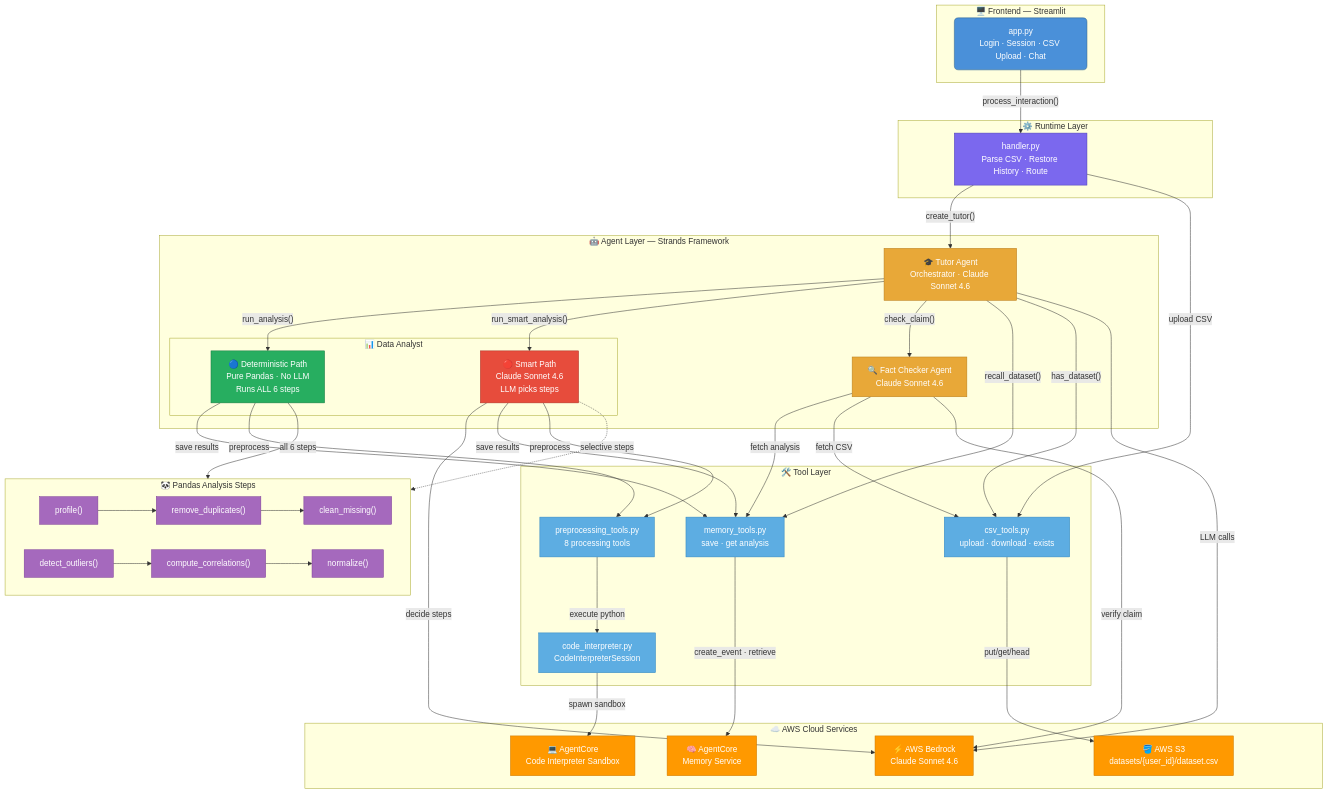
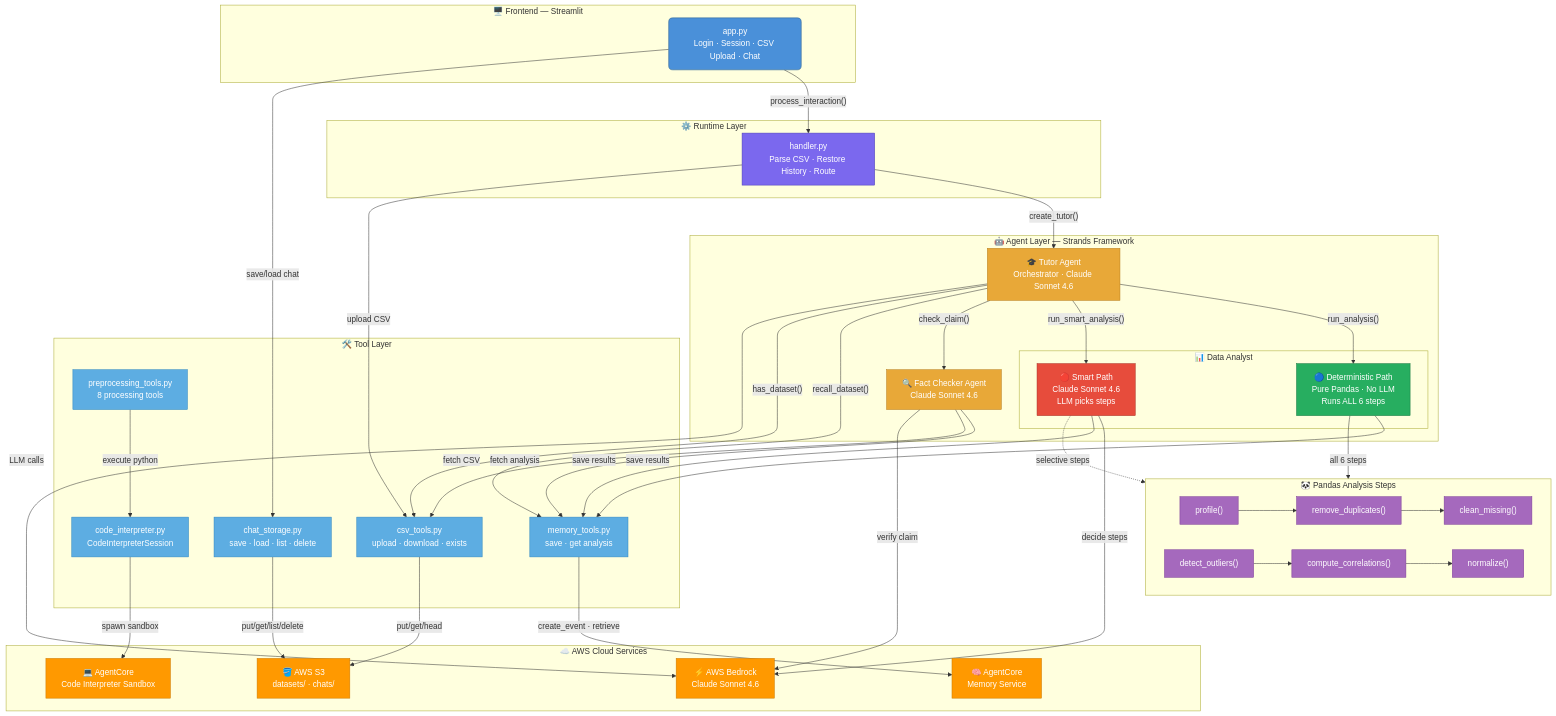
Before and after one commit to supakitboon/Multi-Agent: the diagram in README.md, drawn with Mermaid. The commit also changed other lines of this file, not shown here.

````diff
--- a/README.md
+++ b/README.md
@@ -92,6 +95,7 @@
 
     subgraph TOOLS["🛠️  Tool Layer"]
         CSV_TOOLS["csv_tools.py\nupload · download · exists"]
+        CHAT_STORE["chat_storage.py\nsave · load · list · delete"]
         MEM_TOOLS["memory_tools.py\nsave · get analysis"]
         CODE_INTERP["code_interpreter.py\nCodeInterpreterSession"]
         PREPROC["preprocessing_tools.py\n8 processing tools"]
@@ -99,7 +103,7 @@
 
     subgraph AWS["☁️  AWS Cloud Services"]
         BEDROCK["⚡ AWS Bedrock\nClaude Sonnet 4.6"]
-        S3["🪣 AWS S3\ndatasets/{user_id}/dataset.csv"]
+        S3["🪣 AWS S3\ndatasets/ · chats/"]
         AGENTCORE_MEM["🧠 AgentCore\nMemory Service"]
         AGENTCORE_CODE["💻 AgentCore\nCode Interpreter Sandbox"]
     end
@@ -119,13 +123,11 @@
     %% Deterministic path
     DETERM -->|"all 6 steps"| PANDAS_OPS
     DETERM -->|"save results"| MEM_TOOLS
-    DETERM -->|"preprocess"| PREPROC
 
     %% Smart path
     SMART -->|"decide steps"| BEDROCK
     SMART -.->|"selective steps"| PANDAS_OPS
     SMART -->|"save results"| MEM_TOOLS
-    SMART -->|"preprocess"| PREPROC
 
     %% Fact checker
     FACT -->|"fetch analysis"| MEM_TOOLS
@@ -134,10 +136,12 @@
 
     %% Tools to AWS
     CSV_TOOLS -->|"put/get/head"| S3
+    CHAT_STORE -->|"put/get/list/delete"| S3
     MEM_TOOLS -->|"create_event · retrieve"| AGENTCORE_MEM
     PREPROC -->|"execute python"| CODE_INTERP
     CODE_INTERP -->|"spawn sandbox"| AGENTCORE_CODE
     HANDLER -->|"upload CSV"| CSV_TOOLS
+    APP -->|"save/load chat"| CHAT_STORE
 
     %% Styles
     class APP frontend
@@ -145,7 +149,7 @@
     class TUTOR,FACT agent
     class DETERM determin
     class SMART smart
-    class CSV_TOOLS,MEM_TOOLS,CODE_INTERP,PREPROC tool
+    class CSV_TOOLS,CHAT_STORE,MEM_TOOLS,CODE_INTERP,PREPROC tool
     class P1,P2,P3,P4,P5,P6 pandas
     class BEDROCK,S3,AGENTCORE_MEM,AGENTCORE_CODE aws
 ```
````
